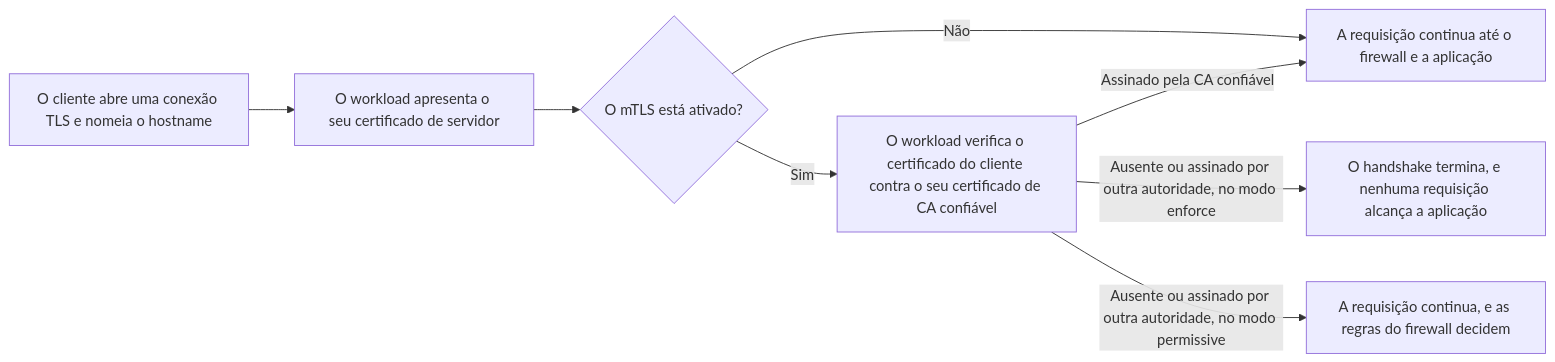
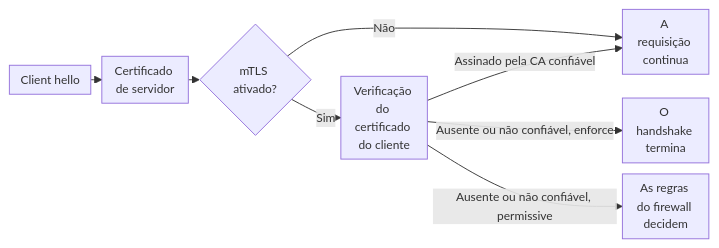
The second of 4 diagrams in src/content/docs/pt-br/pages/secure/workloads/como-funciona.mdx (aziontech/docs), drawn with Mermaid before and after one commit. The commit also changed other lines of this file and 5 other files, not shown here.

First line of the commit message:
docs(workloads): fit the section's diagrams to the frame without horizontal scroll

````diff
--- a/src/content/docs/pt-br/pages/secure/workloads/como-funciona.mdx
+++ b/src/content/docs/pt-br/pages/secure/workloads/como-funciona.mdx
@@ -130,10 +131,11 @@
 ```mermaid
+%%{init: {"layout": "dagre", "themeVariables": {"fontSize": "13px"}, "flowchart": {"nodeSpacing": 12, "rankSpacing": 12, "padding": 6, "wrappingWidth": 70, "minNodeWidth": 40, "useMaxWidth": true}}}%%
 flowchart LR
-  Hello["O cliente abre uma conexão TLS e nomeia o hostname"] --> Server["O workload apresenta o seu certificado de servidor"]
-  Server --> Mtls{"O mTLS está ativado?"}
-  Mtls -->|"Não"| Pass["A requisição continua até o firewall e a aplicação"]
-  Mtls -->|"Sim"| Check["O workload verifica o certificado do cliente contra o seu certificado de CA confiável"]
+  Hello["Client hello"] --> Server["Certificado de servidor"]
+  Server --> Mtls{"mTLS ativado?"}
+  Mtls -->|"Não"| Pass["A requisição continua"]
+  Mtls -->|"Sim"| Check["Verificação do certificado do cliente"]
   Check -->|"Assinado pela CA confiável"| Pass
-  Check -->|"Ausente ou assinado por outra autoridade, no modo enforce"| End["O handshake termina, e nenhuma requisição alcança a aplicação"]
-  Check -->|"Ausente ou assinado por outra autoridade, no modo permissive"| Rules["A requisição continua, e as regras do firewall decidem"]
+  Check -->|"Ausente ou não confiável, enforce"| End["O handshake termina"]
+  Check -->|"Ausente ou não confiável, permissive"| Rules["As regras do firewall decidem"]
 ```
````
